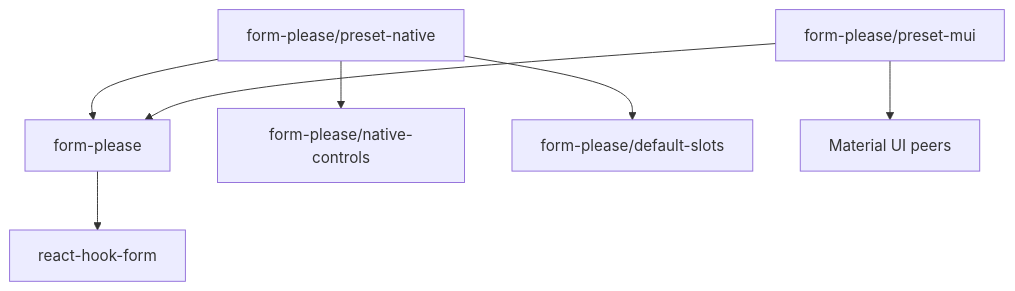
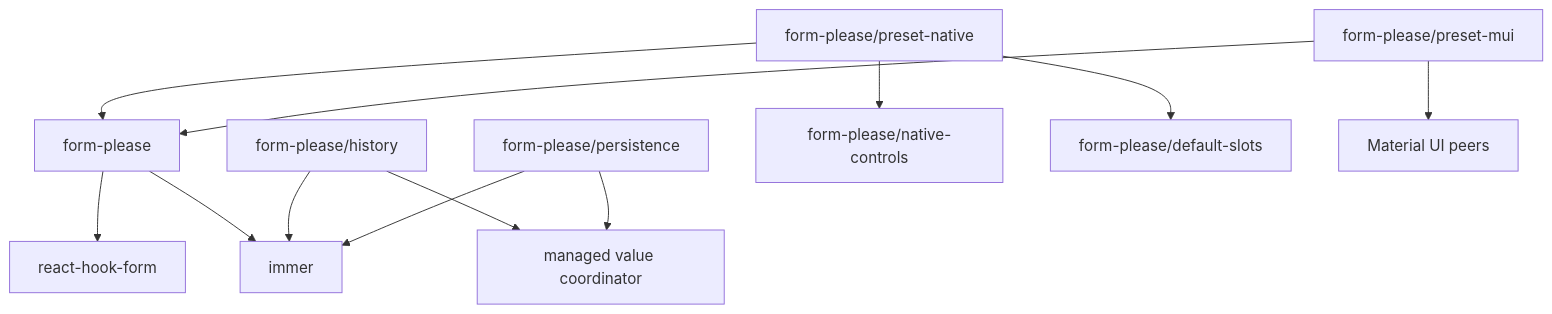
The diagram in docs/ARCHITECTURE.md (r13v/fokit), drawn with Mermaid before and after one commit. The commit also changed other lines of this file and 89 other files, not shown here.

````diff
--- a/docs/ARCHITECTURE.md
+++ b/docs/ARCHITECTURE.md
@@ -23,9 +26,14 @@
 ```mermaid
 flowchart TD
     Root["form-please"] --> RHF["react-hook-form"]
+    Root --> Immer["immer"]
+    History["form-please/history"] --> Coordinator["managed value coordinator"]
+    History --> Immer
+    Persistence["form-please/persistence"] --> Coordinator
+    Persistence --> Immer
     NativePreset["form-please/preset-native"] --> Root
     NativePreset --> NativeControls["form-please/native-controls"]
     NativePreset --> DefaultSlots["form-please/default-slots"]
     MuiPreset["form-please/preset-mui"] --> Root
     MuiPreset --> Mui["Material UI peers"]
 ```
````
